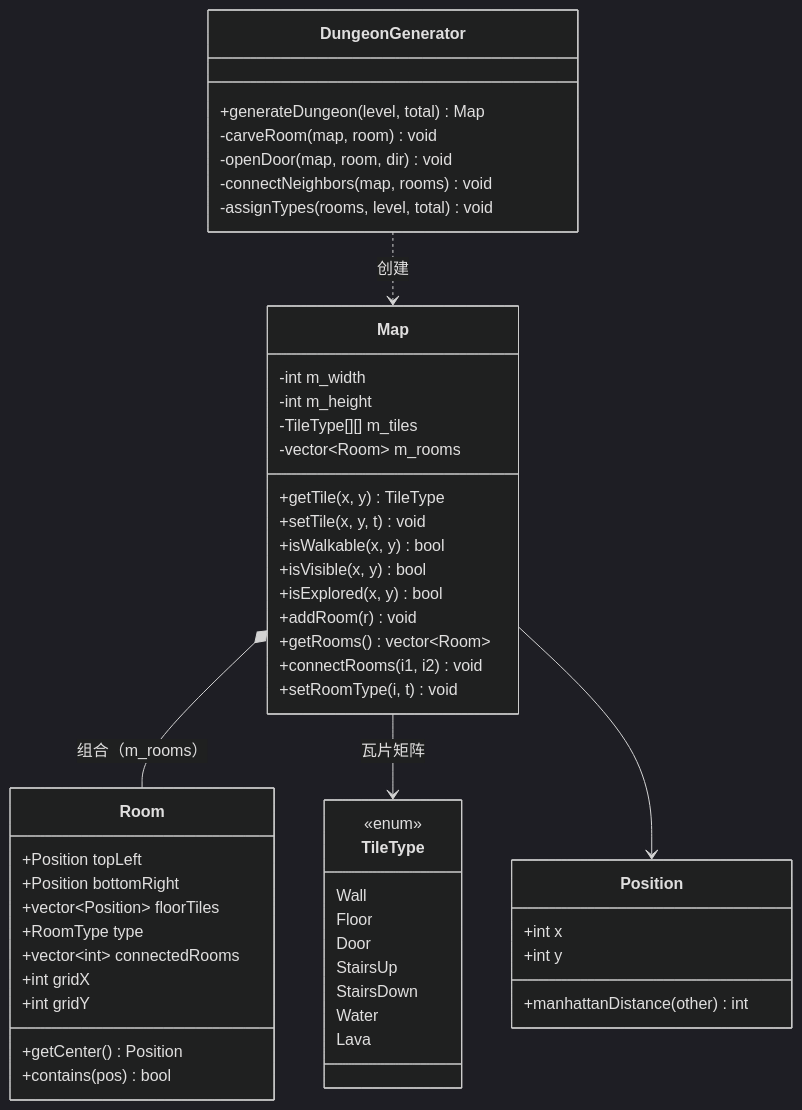
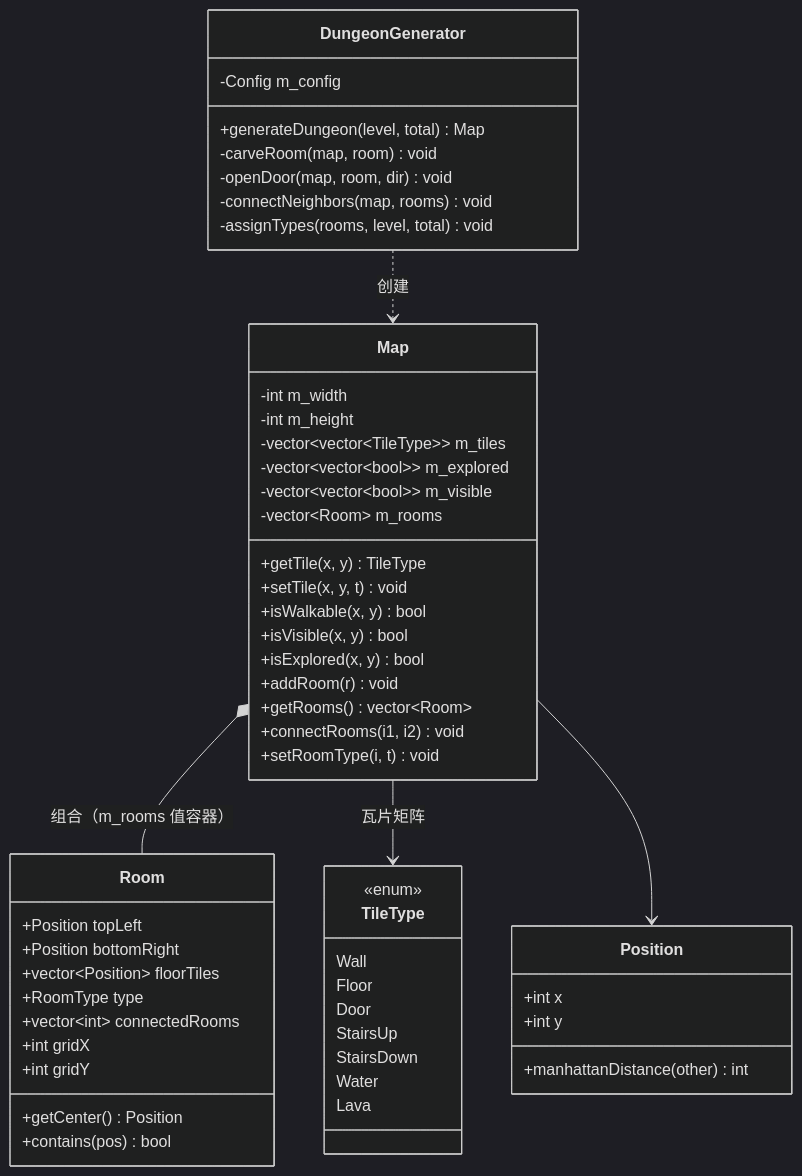
Before and after one commit to BugMaker-orz/Code-class-MUD-game: the third of 3 diagrams in 技术文档.md, drawn with Mermaid (dark theme). The commit also changed other lines of this file, not shown here.

````diff
--- a/技术文档.md
+++ b/技术文档.md
@@ -286,55 +882,58 @@
 ```mermaid
 classDiagram
     class Map {
         -int m_width
         -int m_height
-        -TileType[][] m_tiles
+        -vector~vector~TileType~~ m_tiles
+        -vector~vector~bool~~ m_explored
+        -vector~vector~bool~~ m_visible
         -vector~Room~ m_rooms
         +getTile(x, y) TileType
         +setTile(x, y, t) void
         +isWalkable(x, y) bool
         +isVisible(x, y) bool
         +isExplored(x, y) bool
         +addRoom(r) void
         +getRooms() vector~Room~
         +connectRooms(i1, i2) void
         +setRoomType(i, t) void
     }
     class Room {
         +Position topLeft
         +Position bottomRight
         +vector~Position~ floorTiles
         +RoomType type
         +vector~int~ connectedRooms
         +int gridX
         +int gridY
         +getCenter() Position
         +contains(pos) bool
     }
     class DungeonGenerator {
+        -Config m_config
         +generateDungeon(level, total) Map
         -carveRoom(map, room) void
         -openDoor(map, room, dir) void
         -connectNeighbors(map, rooms) void
         -assignTypes(rooms, level, total) void
     }
     class Position {
         +int x
         +int y
         +manhattanDistance(other) int
     }
     class TileType {
         <<enum>>
         Wall
         Floor
         Door
         StairsUp
         StairsDown
         Water
         Lava
     }
-    Map *-- Room : 组合（m_rooms）
+    Map *-- Room : 组合（m_rooms 值容器）
     Map --> TileType : 瓦片矩阵
     Map --> Position
     DungeonGenerator ..> Map : 创建
 ```
````
